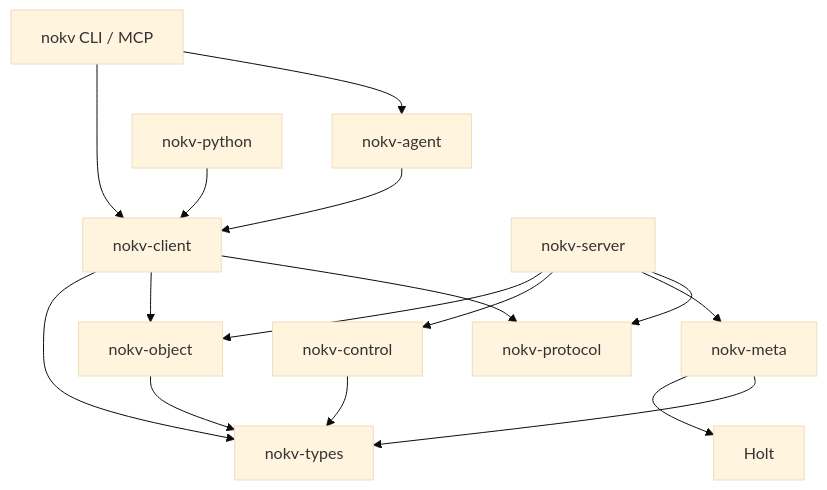
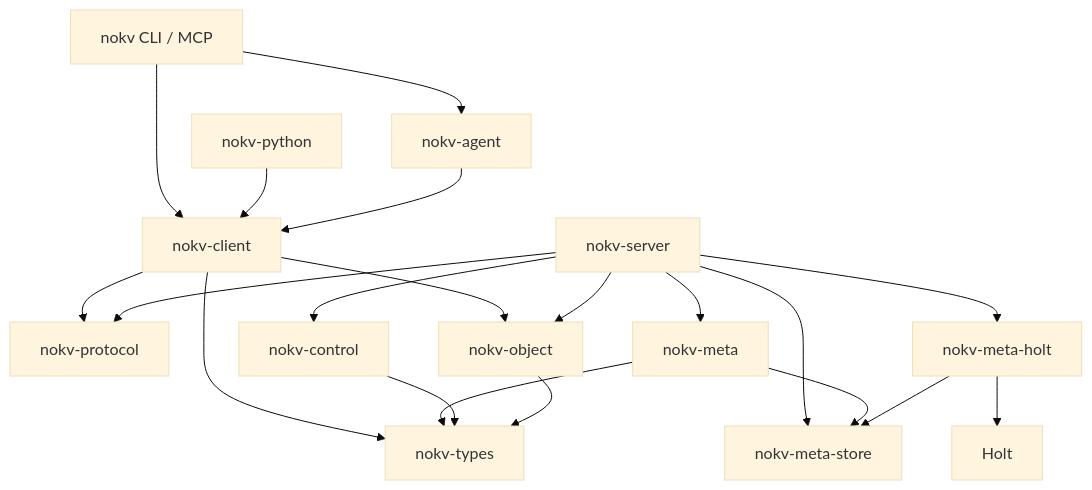
Before and after one commit to NoKV-Lab/NoKV: the second of 5 diagrams in docs/architecture.md, drawn with Mermaid (base theme). The commit also changed other lines of this file and 55 other files, not shown here.

First line of the commit message:
refactor(meta): route workspace metadata through TxnStore

````diff
--- a/docs/architecture.md
+++ b/docs/architecture.md
@@ -40,19 +41,23 @@
 ```mermaid
 flowchart TD
     CLI["nokv CLI / MCP"] --> Agent["nokv-agent"]
     CLI --> Client["nokv-client"]
     Python["nokv-python"] --> Client
     Agent --> Client
     Client --> Protocol["nokv-protocol"]
     Client --> Object["nokv-object"]
     Client --> Types["nokv-types"]
 
     Server["nokv-server"] --> Protocol
     Server --> Meta["nokv-meta"]
+    Server --> Store["nokv-meta-store"]
+    Server --> HoltAdapter["nokv-meta-holt"]
     Server --> Control["nokv-control"]
     Server --> Object
     Meta --> Types
-    Meta --> Holt["Holt"]
+    Meta --> Store
+    HoltAdapter --> Store
+    HoltAdapter --> Holt["Holt"]
     Control --> Types
     Object --> Types
 ```
````
